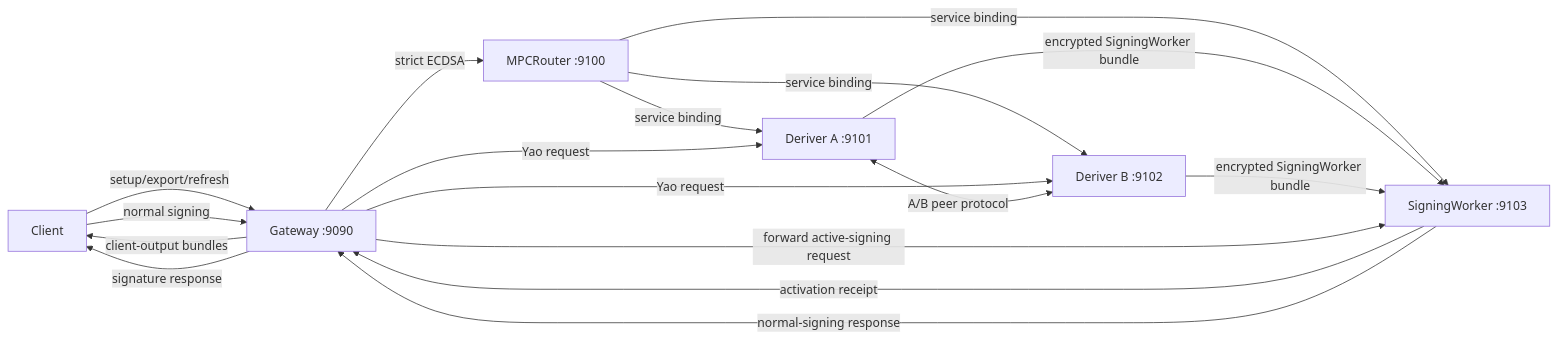
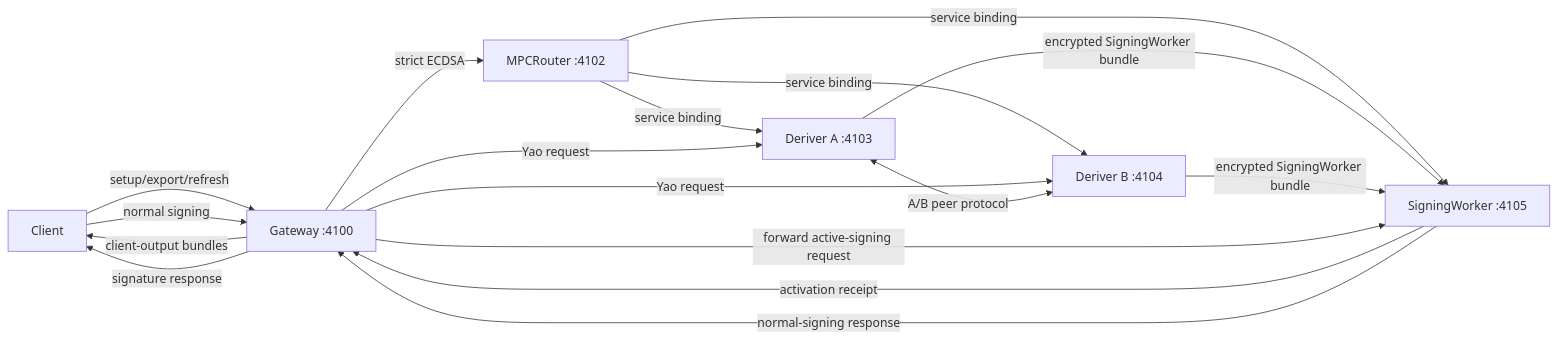
One commit to seams-tech/seams-sdk changed the diagram in docs/router-ab/local-development.md. Above: the diagram before and after it, drawn with Mermaid. The commit also changed other lines of this file and 43 other files, not shown here.

````diff
--- a/docs/router-ab/local-development.md
+++ b/docs/router-ab/local-development.md
@@ -50,27 +50,27 @@
 ```mermaid
 flowchart LR
   C["Client"]
-  R["Gateway :9090"]
-  RW["MPCRouter :9100"]
-  A["Deriver A :9101"]
-  B["Deriver B :9102"]
-  SW["SigningWorker :9103"]
+  R["Gateway :4100"]
+  RW["MPCRouter :4102"]
+  A["Deriver A :4103"]
+  B["Deriver B :4104"]
+  SW["SigningWorker :4105"]
 
   C -->|"setup/export/refresh"| R
   R -->|"strict ECDSA"| RW
   RW -->|"service binding"| A
   RW -->|"service binding"| B
   RW -->|"service binding"| SW
   R -->|"Yao request"| A
   R -->|"Yao request"| B
   A <-->|"A/B peer protocol"| B
   A -->|"encrypted SigningWorker bundle"| SW
   B -->|"encrypted SigningWorker bundle"| SW
   SW -->|"activation receipt"| R
   R -->|"client-output bundles"| C
 
   C -->|"normal signing"| R
   R -->|"forward active-signing request"| SW
   SW -->|"normal-signing response"| R
   R -->|"signature response"| C
 ```
````
